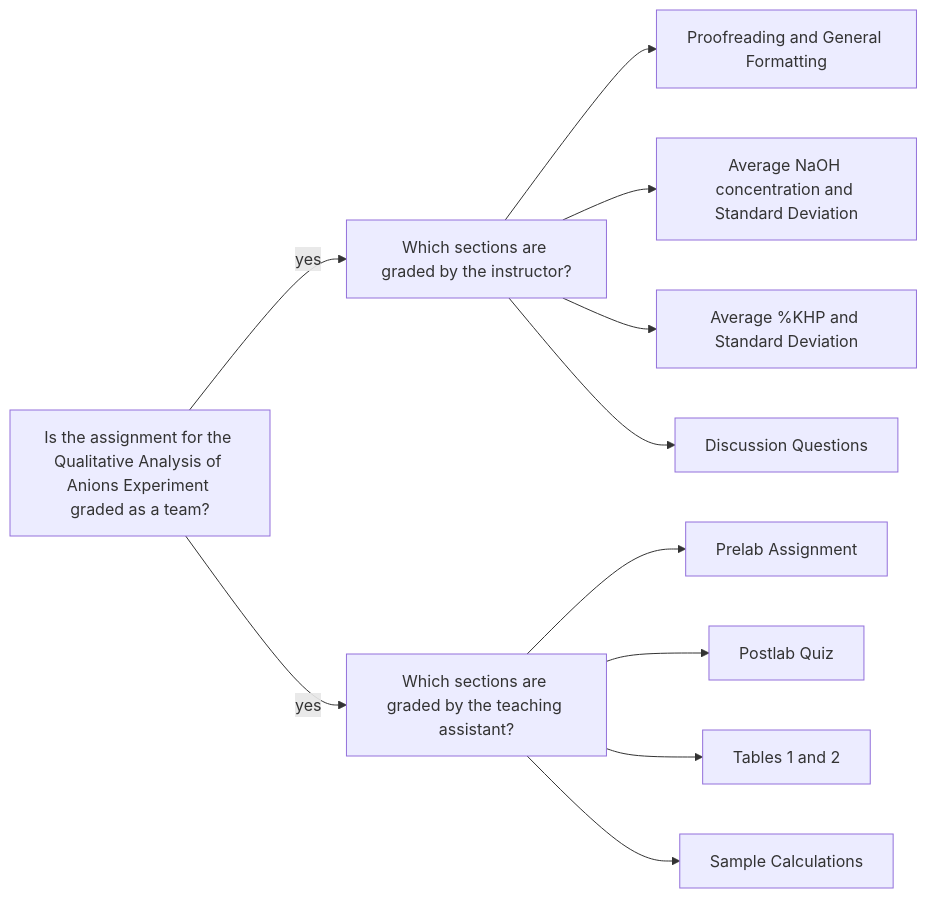
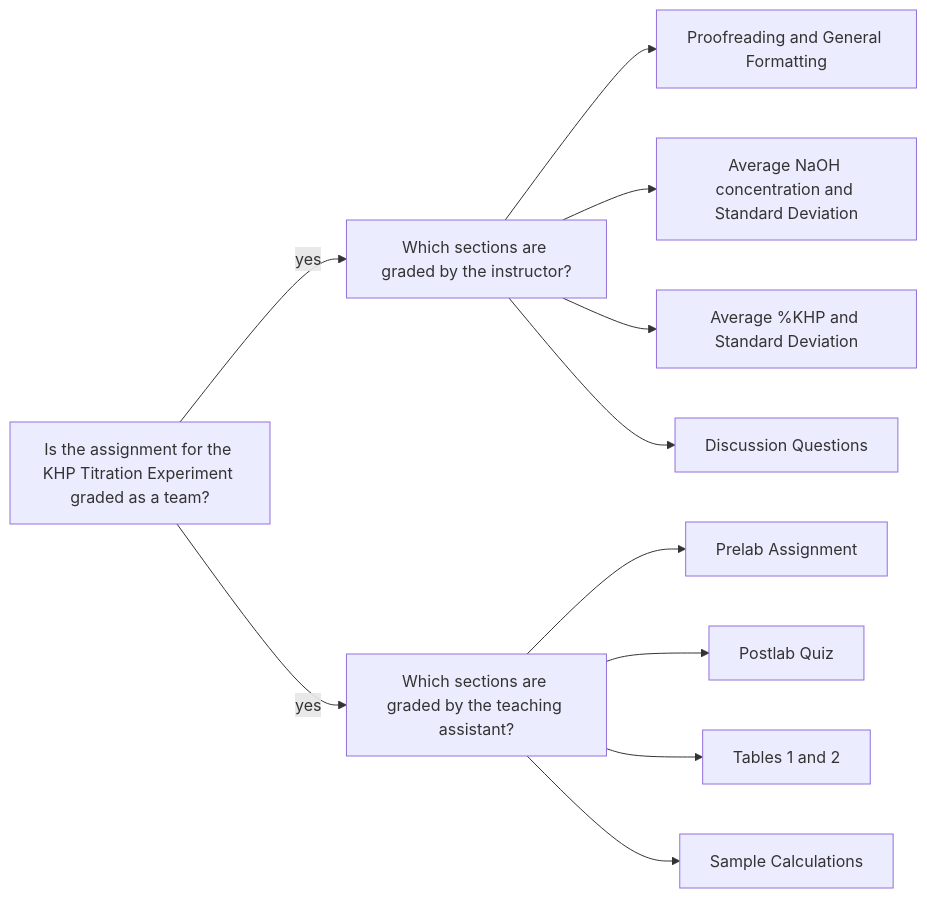
The diagram in _posts/2020-07-28-von.md (mkahveci/mkahveci.github.io), drawn with Mermaid before and after one commit. The commit also changed 1 other file, not shown here.

````diff
--- a/_posts/2020-07-28-von.md
+++ b/_posts/2020-07-28-von.md
@@ -81,28 +81,28 @@
 ```mermaid
   graph LR;
-    A[Is the assignment for the Qualitative Analysis of Anions Experiment graded as a team?]
+    A[Is the assignment for the KHP Titration Experiment graded as a team?]
     B[Which sections are graded by the instructor?]
     C[Which sections are graded by the teaching assistant?]
 
     B1[Proofreading and General Formatting]
     B2[Average NaOH concentration and Standard Deviation]
     B3[Average %KHP and Standard Deviation]
     B4[Discussion Questions]
 
     C1[Prelab Assignment]
     C2[Postlab Quiz]
     C3[Tables 1 and 2]
     C4[Sample Calculations]
 
     A--yes-->B;
     A--yes-->C;
     B-->B1;
     B-->B2;
     B-->B3;
     B-->B4;
 
     C-->C1;
     C-->C2;
     C-->C3;
     C-->C4;
 ```
````
